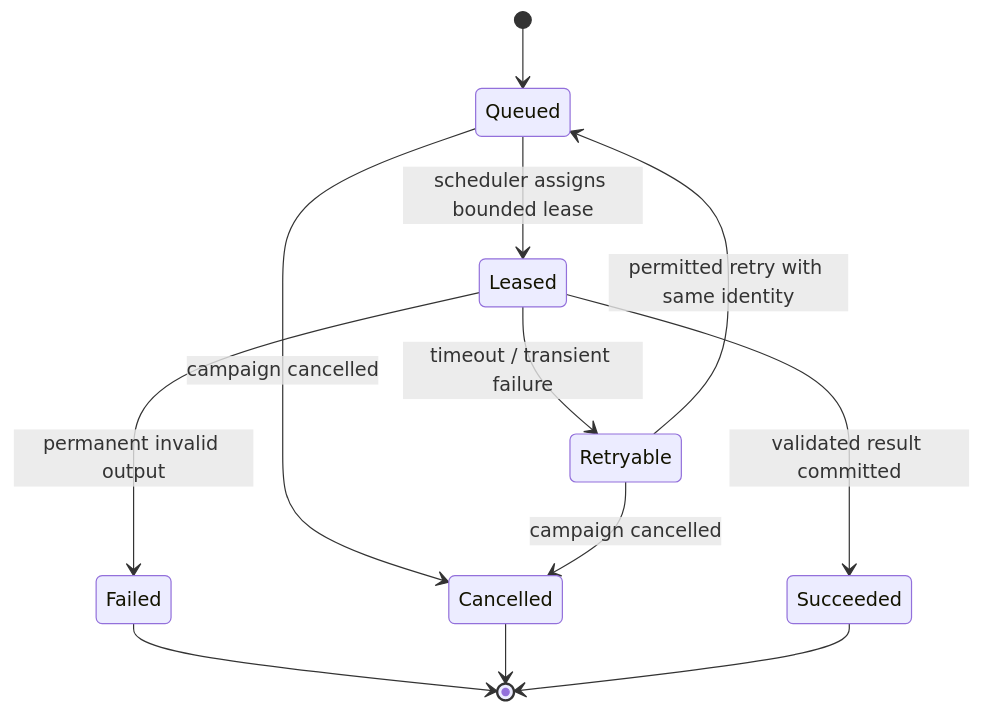
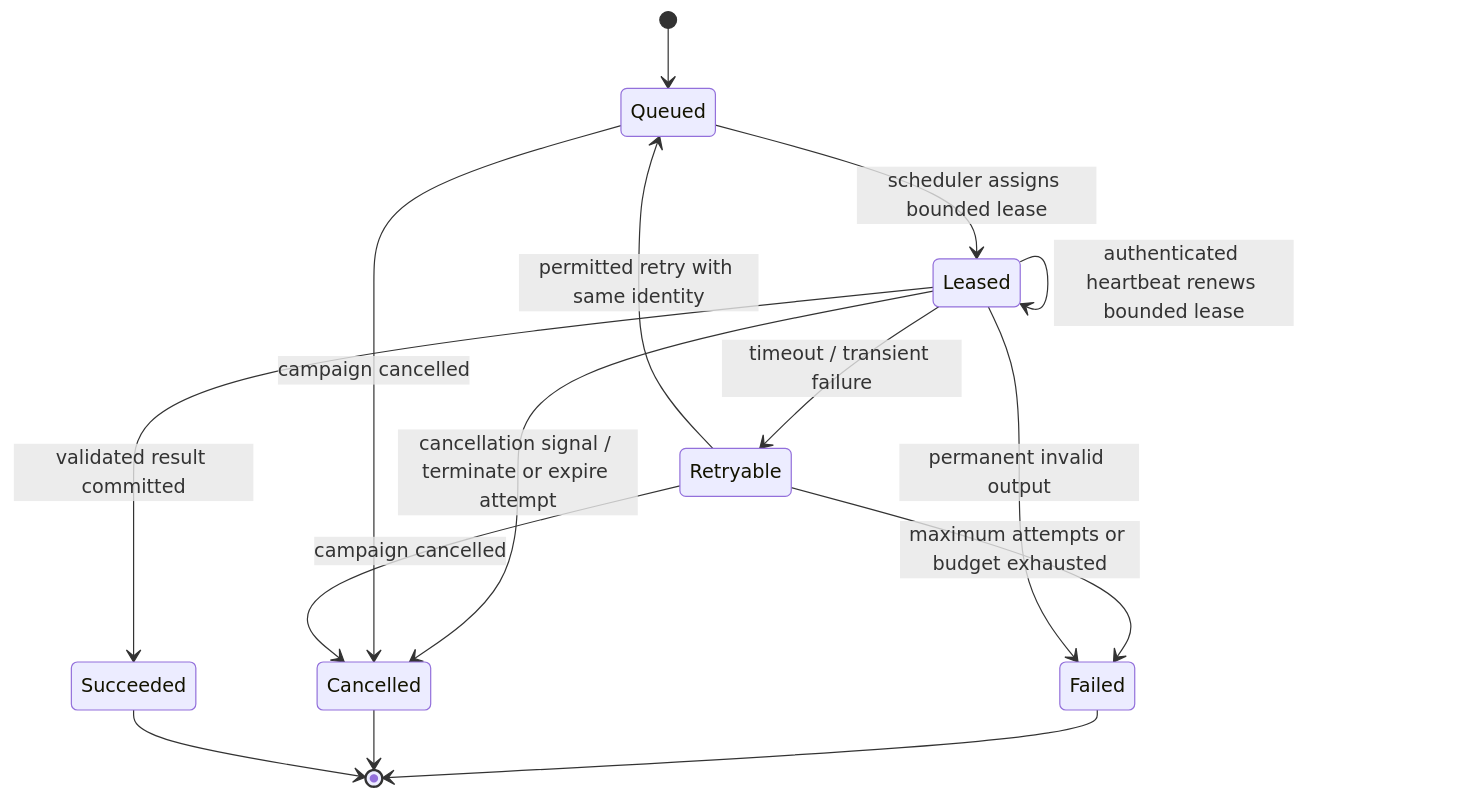
The fifth of 6 diagrams in docs/architecture/orchestration-v0.2.1.md (Arcadesys/heinlein), drawn with Mermaid before and after one commit. The commit also changed other lines of this file, not shown here.

````diff
--- a/docs/architecture/orchestration-v0.2.1.md
+++ b/docs/architecture/orchestration-v0.2.1.md
@@ -340,14 +340,17 @@
 ```mermaid
 stateDiagram-v2
   [*] --> Queued
   Queued --> Leased: scheduler assigns bounded lease
   Leased --> Succeeded: validated result committed
+  Leased --> Leased: authenticated heartbeat renews bounded lease
+  Leased --> Cancelled: cancellation signal / terminate or expire attempt
   Leased --> Retryable: timeout / transient failure
   Retryable --> Queued: permitted retry with same identity
+  Retryable --> Failed: maximum attempts or budget exhausted
   Leased --> Failed: permanent invalid output
   Queued --> Cancelled: campaign cancelled
   Retryable --> Cancelled: campaign cancelled
   Failed --> [*]
   Cancelled --> [*]
   Succeeded --> [*]
 ```
````
